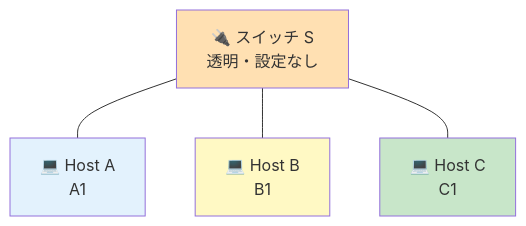
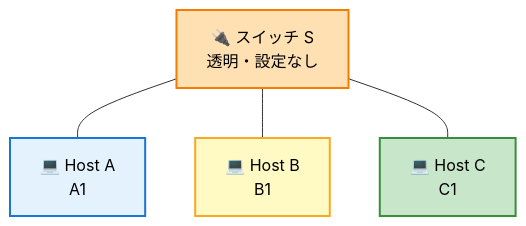
Before and after one commit to Tsunanko/netpractice-guide: the diagram in docs/02-levels/level3.md, drawn with Mermaid. The commit also changed other lines of this file and 3 other files, not shown here.

````diff
--- a/docs/02-levels/level3.md
+++ b/docs/02-levels/level3.md
@@ -29,15 +39,20 @@
 ```mermaid
 flowchart TD
     S[🔌 スイッチ S<br/>透明・設定なし]
     A[💻 Host A<br>A1]
     B[💻 Host B<br>B1]
     C[💻 Host C<br>C1]
     S --- A
     S --- B
     S --- C
 
-    style S fill:#FFE0B2
-    style A fill:#E3F2FD
-    style B fill:#FFF9C4
-    style C fill:#C8E6C9
+    classDef switch fill:#FFE0B2,stroke:#F57C00,color:#000,stroke-width:2px
+    classDef hostA fill:#E3F2FD,stroke:#1976D2,color:#000,stroke-width:2px
+    classDef hostB fill:#FFF9C4,stroke:#F9A825,color:#000,stroke-width:2px
+    classDef hostC fill:#C8E6C9,stroke:#388E3C,color:#000,stroke-width:2px
+
+    class S switch
+    class A hostA
+    class B hostB
+    class C hostC
 ```
````
